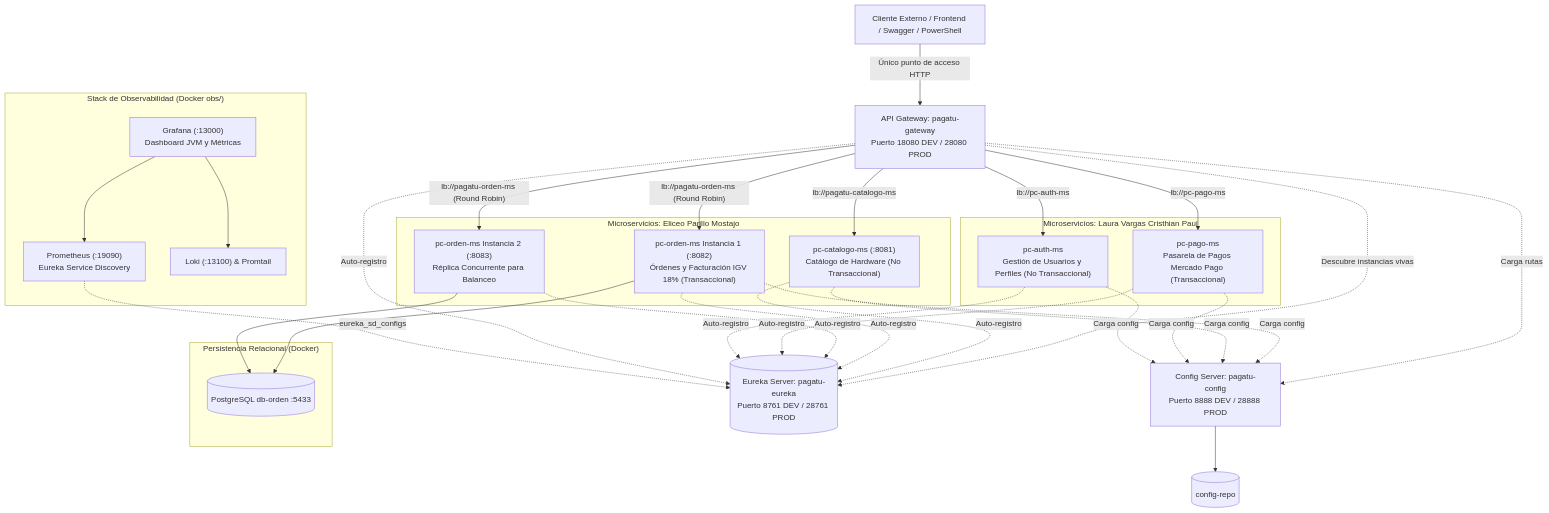
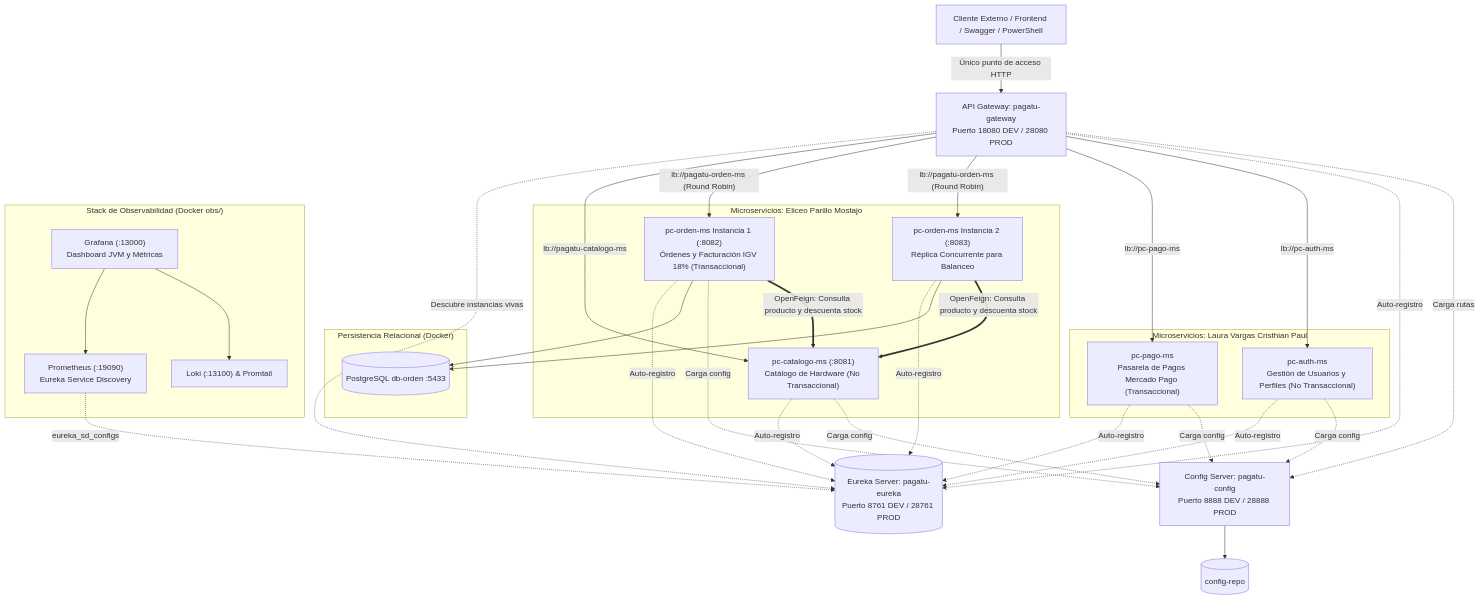
The diagram in README.md (jaisesasaki24-cloud/ChaskiByte-Systems), drawn with Mermaid before and after one commit. The commit also changed other lines of this file and 11 other files, not shown here.

Commit message:
feat(u1): implement inter-service communication via OpenFeign, add official u1-producto.md and reproduction guide for grade A

````diff
--- a/README.md
+++ b/README.md
@@ -33,58 +75,62 @@
 ```mermaid
 flowchart TB
     Client["Cliente Externo / Frontend / Swagger / PowerShell"]
     Gateway["API Gateway: pagatu-gateway<br/>Puerto 18080 DEV / 28080 PROD"]
     Eureka[("Eureka Server: pagatu-eureka<br/>Puerto 8761 DEV / 28761 PROD")]
     Config["Config Server: pagatu-config<br/>Puerto 8888 DEV / 28888 PROD"]
     Repo[("config-repo")]
 
     subgraph Eliceo["Microservicios: Eliceo Parillo Mostajo"]
         Cat["pc-catalogo-ms (:8081)<br/>Catálogo de Hardware (No Transaccional)"]
         O1["pc-orden-ms Instancia 1 (:8082)<br/>Órdenes y Facturación IGV 18% (Transaccional)"]
         O2["pc-orden-ms Instancia 2 (:8083)<br/>Réplica Concurrente para Balanceo"]
     end
 
     subgraph Cristhian["Microservicios: Laura Vargas Cristhian Paul"]
         Pago["pc-pago-ms<br/>Pasarela de Pagos Mercado Pago (Transaccional)"]
         Auth["pc-auth-ms<br/>Gestión de Usuarios y Perfiles (No Transaccional)"]
     end
 
     subgraph Database["Persistencia Relacional (Docker)"]
         PG1[("PostgreSQL db-orden :5433")]
     end
 
     subgraph Observabilidad["Stack de Observabilidad (Docker obs/)"]
         Prometheus["Prometheus (:19090)<br/>Eureka Service Discovery"]
         Grafana["Grafana (:13000)<br/>Dashboard JVM y Métricas"]
         Loki["Loki (:13100) & Promtail"]
     end
 
     Client -->|"Único punto de acceso HTTP"| Gateway
     Gateway -. "Descubre instancias vivas" .-> Eureka
     Gateway -->|"lb://pagatu-catalogo-ms"| Cat
     Gateway -->|"lb://pagatu-orden-ms (Round Robin)"| O1
     Gateway -->|"lb://pagatu-orden-ms (Round Robin)"| O2
     Gateway -->|"lb://pc-pago-ms"| Pago
     Gateway -->|"lb://pc-auth-ms"| Auth
 
     Cat -. "Auto-registro" .-> Eureka
     O1 -. "Auto-registro" .-> Eureka
     O2 -. "Auto-registro" .-> Eureka
     Pago -. "Auto-registro" .-> Eureka
     Auth -. "Auto-registro" .-> Eureka
     Gateway -. "Auto-registro" .-> Eureka
 
     O1 --> PG1
     O2 --> PG1
 
     Gateway -. "Carga rutas" .-> Config
     O1 -. "Carga config" .-> Config
     Cat -. "Carga config" .-> Config
     Pago -. "Carga config" .-> Config
     Auth -. "Carga config" .-> Config
     Config --> Repo
 
     Prometheus -. "eureka_sd_configs" .-> Eureka
     Grafana --> Prometheus
     Grafana --> Loki
+
+    %% COMUNICACION INTER-MICROSERVICIOS VALIDADA (OPENFEIGN)
+    O1 ==>|"OpenFeign: Consulta producto y descuenta stock"| Cat
+    O2 ==>|"OpenFeign: Consulta producto y descuenta stock"| Cat
 ```
````
